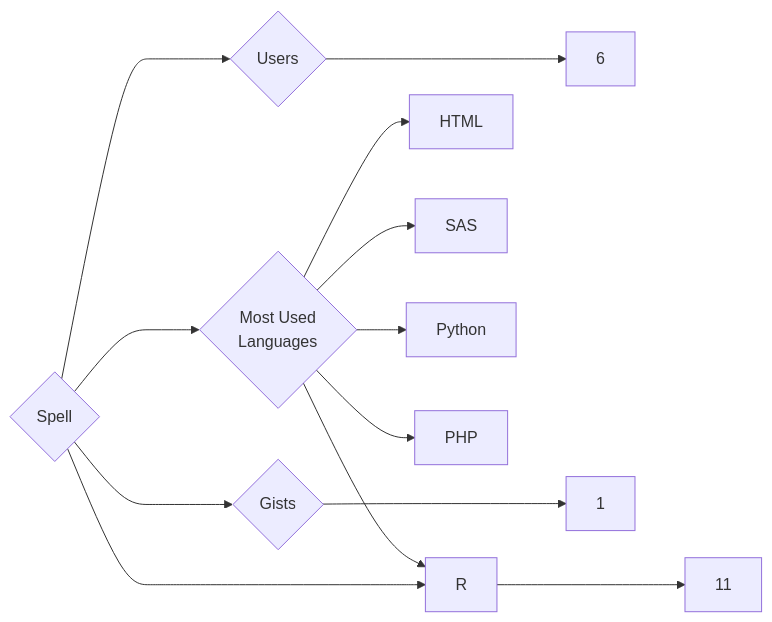
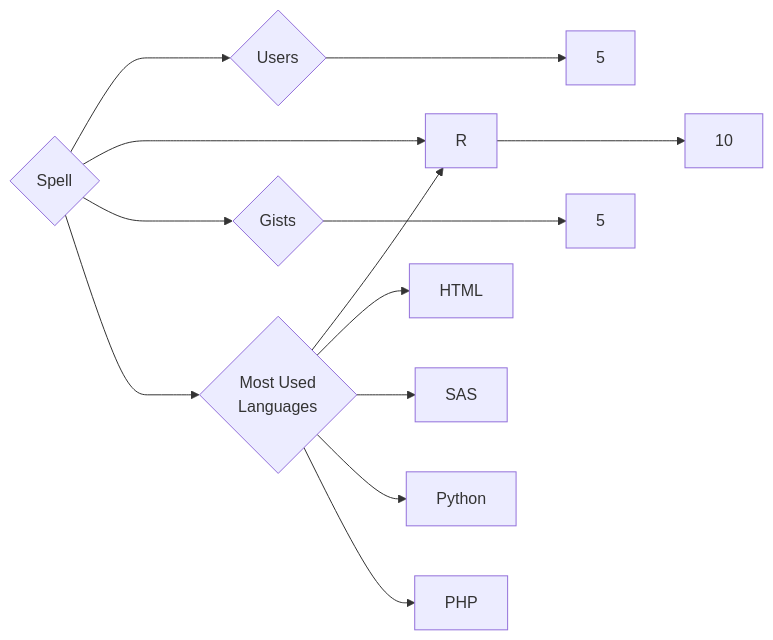
The diagram in targets/Spell/README.md (trickest/insiders), drawn with Mermaid before and after one commit. The commit also changed 964 other files, not shown here.

````diff
--- a/targets/Spell/README.md
+++ b/targets/Spell/README.md
@@ -3,13 +3,13 @@
 ```mermaid
 graph LR
 COMPANY_NAME{Spell}
-COMPANY_NAME ---> U{Users} ---> UN[6]
-COMPANY_NAME ---> R{Repositories} ---> RN[11]
-COMPANY_NAME ---> G{Gists} ---> GN[1]
+COMPANY_NAME ---> U{Users} ---> UN[5]
+COMPANY_NAME ---> R{Repositories} ---> RN[10]
+COMPANY_NAME ---> G{Gists} ---> GN[5]
 COMPANY_NAME ---> ML{Most Used<br>Languages}
+ML --> R[R]
 ML --> HTML[HTML]
-ML --> R[R]
 ML --> SAS[SAS]
 ML --> Python[Python]
 ML --> PHP[PHP]
 ```
````
